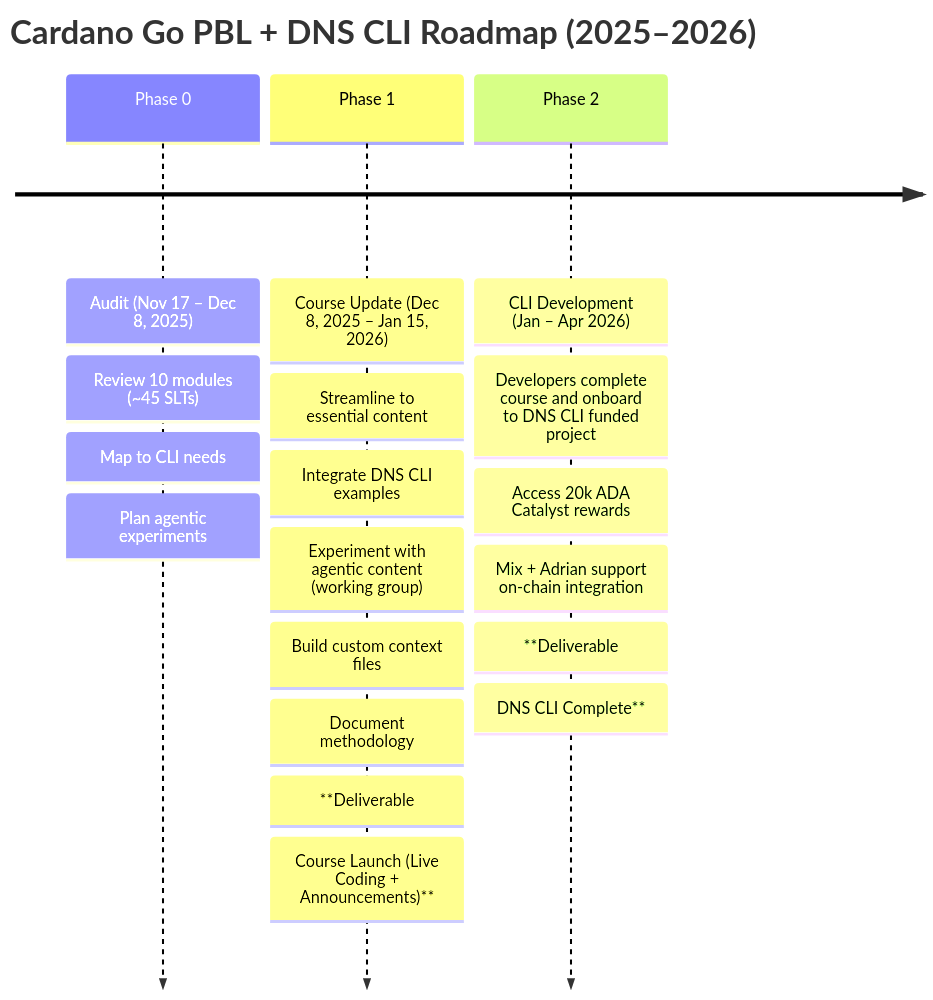
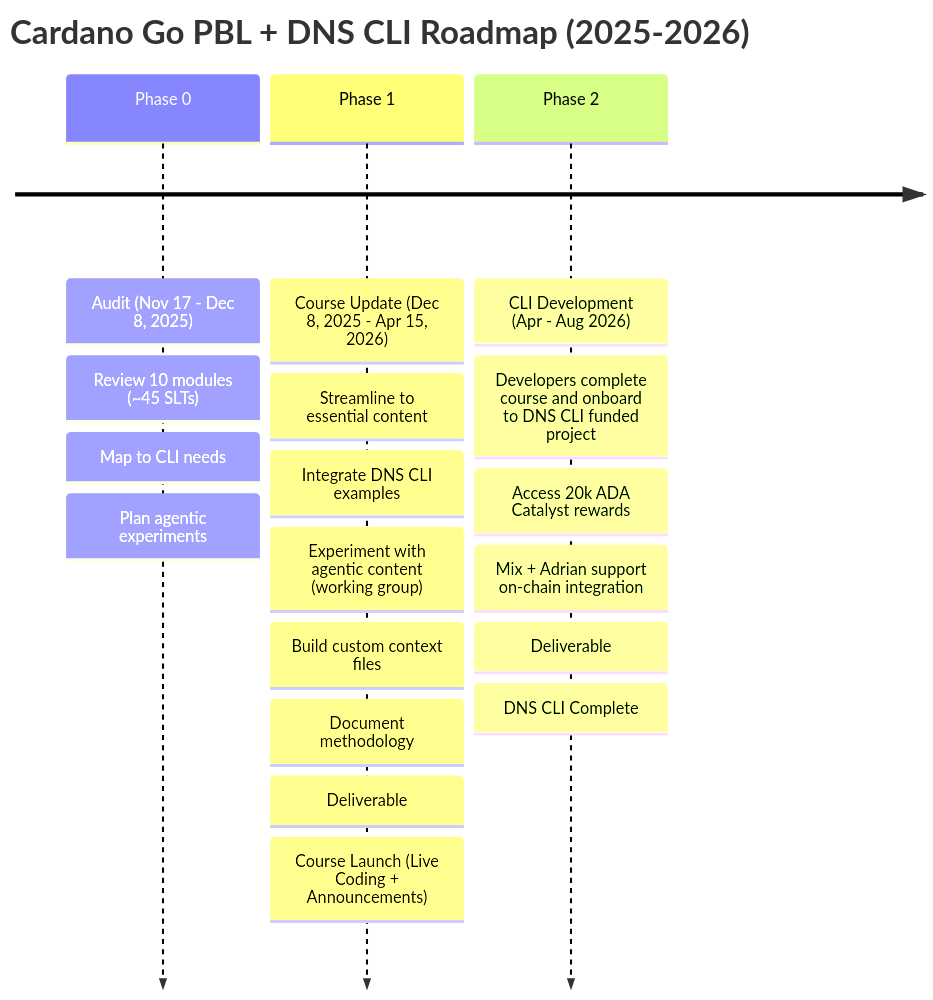
Before and after one commit to gimbalabs/cardano-go-pbl-2026: the diagram in README.md, drawn with Mermaid. The commit also changed other lines of this file, not shown here.

Commit message:
update README with new dates

````diff
--- a/README.md
+++ b/README.md
@@ -15,23 +15,23 @@
 ```mermaid
 timeline
-    title Cardano Go PBL + DNS CLI Roadmap (2025–2026)
+    title Cardano Go PBL + DNS CLI Roadmap (2025-2026)
 
-    Phase 0: Audit (Nov 17 – Dec 8, 2025)
-        : Review 10 modules (~45 SLTs)
-        : Map to CLI needs
-        : Plan agentic experiments
+    Phase 0 : Audit (Nov 17 - Dec 8, 2025)
+            : Review 10 modules (~45 SLTs)
+            : Map to CLI needs
+            : Plan agentic experiments
 
-    Phase 1: Course Update (Dec 8, 2025 – Jan 15, 2026)
-        : Streamline to essential content
-        : Integrate DNS CLI examples
-        : Experiment with agentic content (working group)
-        : Build custom context files
-        : Document methodology
-        : **Deliverable: Course Launch (Live Coding + Announcements)**
+    Phase 1 : Course Update (Dec 8, 2025 - Apr 15, 2026)
+            : Streamline to essential content
+            : Integrate DNS CLI examples
+            : Experiment with agentic content (working group)
+            : Build custom context files
+            : Document methodology
+            : Deliverable: Course Launch (Live Coding + Announcements)
 
-    Phase 2: CLI Development (Jan – Apr 2026)
-        : Developers complete course and onboard to DNS CLI funded project
-        : Access 20k ADA Catalyst rewards
-        : Mix + Adrian support on-chain integration
-        : **Deliverable: DNS CLI Complete**
+    Phase 2 : CLI Development (Apr - Aug 2026)
+            : Developers complete course and onboard to DNS CLI funded project
+            : Access 20k ADA Catalyst rewards
+            : Mix + Adrian support on-chain integration
+            : Deliverable: DNS CLI Complete
 ```
````
